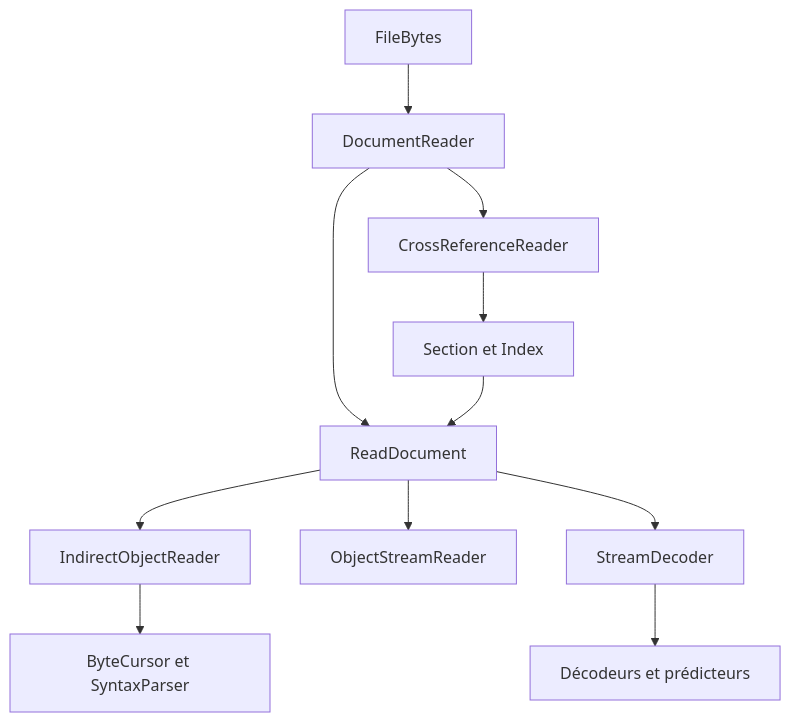
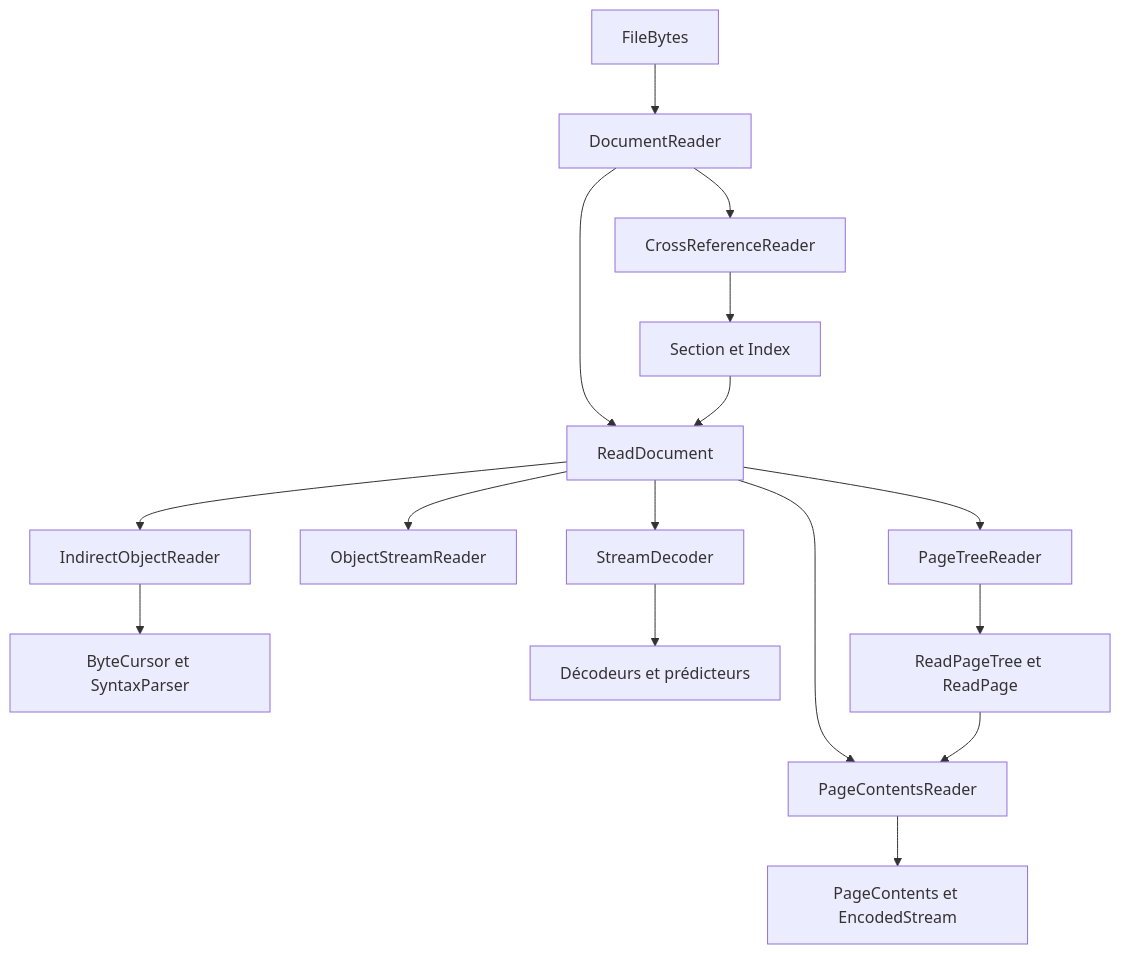
One commit to PDFToolkit/pdf-reader changed the diagram in docs/architecture.md. Above: the diagram before and after it, drawn with Mermaid. The commit also changed other lines of this file and 5 other files, not shown here.

Commit message:
docs: explain page-tree validation and explicit content decoding

````diff
--- a/docs/architecture.md
+++ b/docs/architecture.md
@@ -29,13 +30,18 @@
 ```mermaid
 flowchart TD
     A[FileBytes] --> B[DocumentReader]
     B --> C[CrossReferenceReader]
     C --> D[Section et Index]
     B --> E[ReadDocument]
     D --> E
     E --> F[IndirectObjectReader]
     F --> G[ByteCursor et SyntaxParser]
     E --> H[ObjectStreamReader]
     E --> I[StreamDecoder]
     I --> J[Décodeurs et prédicteurs]
+    E --> K[PageTreeReader]
+    K --> L[ReadPageTree et ReadPage]
+    E --> M[PageContentsReader]
+    L --> M
+    M --> N[PageContents et EncodedStream]
 ```
````
